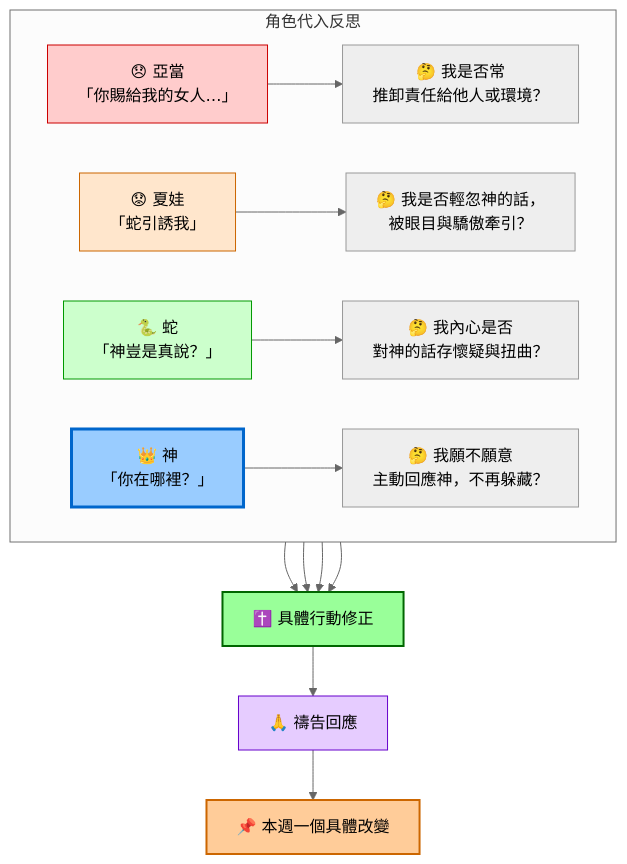
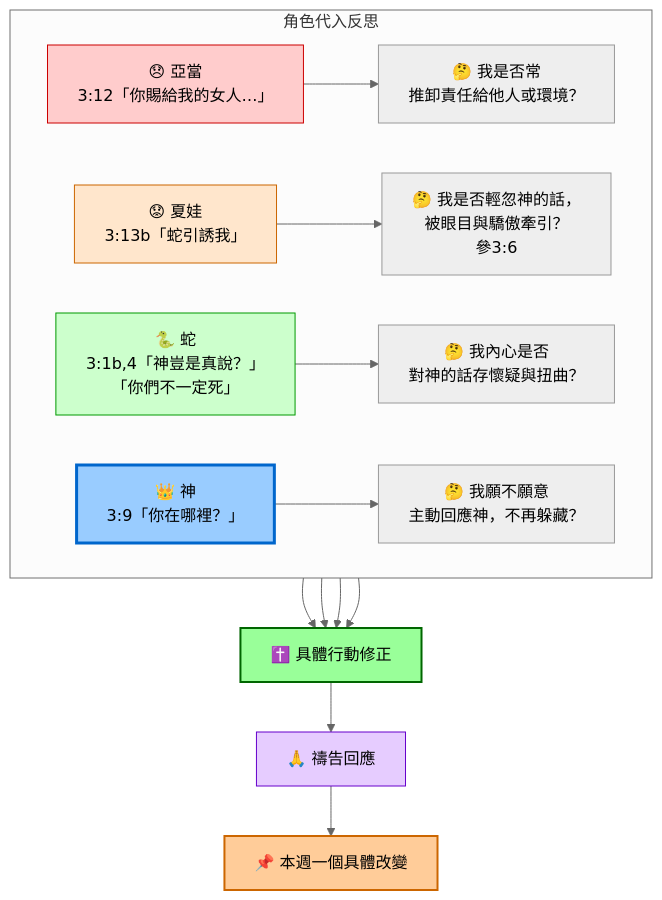
One commit to mccappsheet5804-sketch/bible-study-old-testament changed diagram 11 of 11 in 創世紀/第 03 章.md. Above: the diagram before and after it, drawn with Mermaid (neutral theme). The commit also changed other lines of this file, not shown here.

````diff
--- a/創世紀/第 03 章.md
+++ b/創世紀/第 03 章.md
@@ -411,33 +399,33 @@
 ```mermaid
 flowchart TD
     subgraph 角色代入反思
         direction LR
-        Adam[😞 亞當<br>「你賜給我的女人…」]
+        Adam[😞 亞當<br>3:12「你賜給我的女人…」]
         Adam --> Q1[🤔 我是否常<br>推卸責任給他人或環境？]
         
-        Eve[😟 夏娃<br>「蛇引誘我」]
-        Eve --> Q2[🤔 我是否輕忽神的話，<br>被眼目與驕傲牽引？]
+        Eve[😟 夏娃<br>3:13b「蛇引誘我」]
+        Eve --> Q2[🤔 我是否輕忽神的話，<br>被眼目與驕傲牽引？<br>參3:6]
         
-        Serpent[🐍 蛇<br>「神豈是真說？」]
+        Serpent[🐍 蛇<br>3:1b,4「神豈是真說？」<br>「你們不一定死」]
         Serpent --> Q3[🤔 我內心是否<br>對神的話存懷疑與扭曲？]
         
-        God[👑 神<br>「你在哪裡？」]
+        God[👑 神<br>3:9「你在哪裡？」]
         God --> Q4[🤔 我願不願意<br>主動回應神，不再躲藏？]
     end
     
     Q1 --> Action[✝️ 具體行動修正]
     Q2 --> Action
     Q3 --> Action
     Q4 --> Action
     
     Action --> Prayer[🙏 禱告回應]
     Prayer --> Apply[📌 本週一個具體改變]
 
     style Adam fill:#ffcccc,stroke:#cc0000
     style Eve fill:#ffe6cc,stroke:#cc6600
     style Serpent fill:#ccffcc,stroke:#009900
     style God fill:#99ccff,stroke:#0066cc,stroke-width:3px
     style Action fill:#99ff99,stroke:#006600,stroke-width:2px
     style Prayer fill:#e6ccff,stroke:#6600cc
     style Apply fill:#ffcc99,stroke:#cc6600,stroke-width:2px
 ```
````
